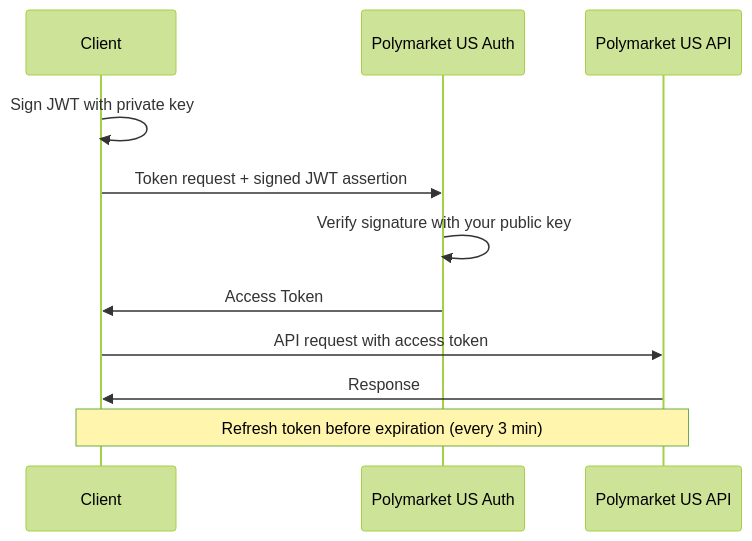
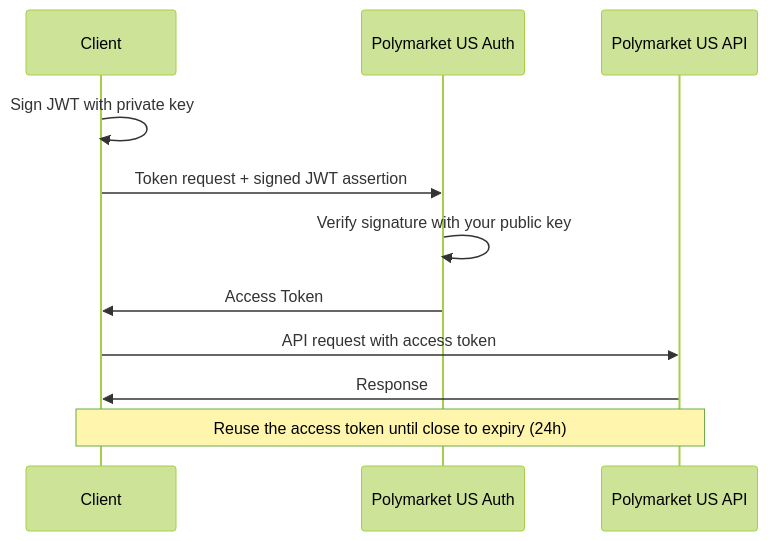
The diagram in docs/streaming-endpoints/authentication.md (justrhoto/polymarket-us-docs), drawn with Mermaid (forest theme) before and after one commit. The commit also changed other lines of this file and 11 other files, not shown here.

````diff
--- a/docs/streaming-endpoints/authentication.md
+++ b/docs/streaming-endpoints/authentication.md
@@ -19,14 +19,14 @@
 ```mermaid theme={null}
 sequenceDiagram
     participant Client
     participant Auth as Polymarket US Auth
     participant API as Polymarket US API
 
     Client->>Client: Sign JWT with private key
     Client->>Auth: Token request + signed JWT assertion
     Auth->>Auth: Verify signature with your public key
     Auth->>Client: Access Token
     Client->>API: API request with access token
     API->>Client: Response
-    Note over Client,API: Refresh token before expiration (every 3 min)
+    Note over Client,API: Reuse the access token until close to expiry (24h)
 ```
````
